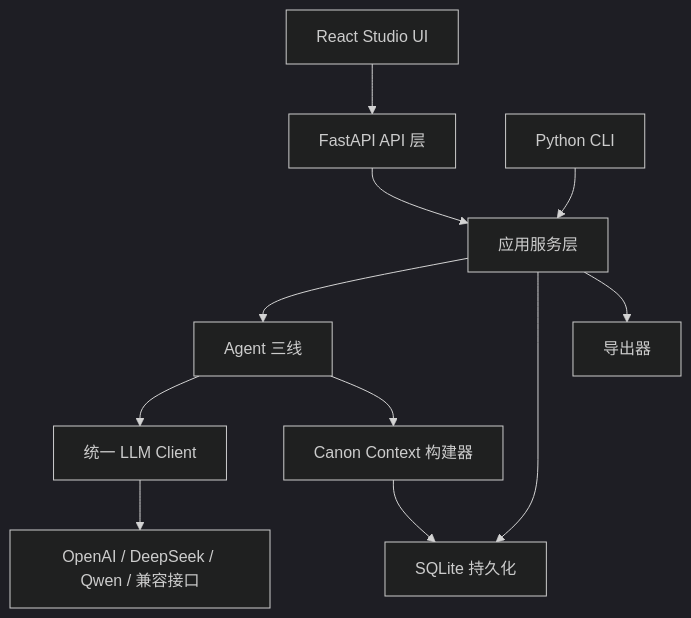
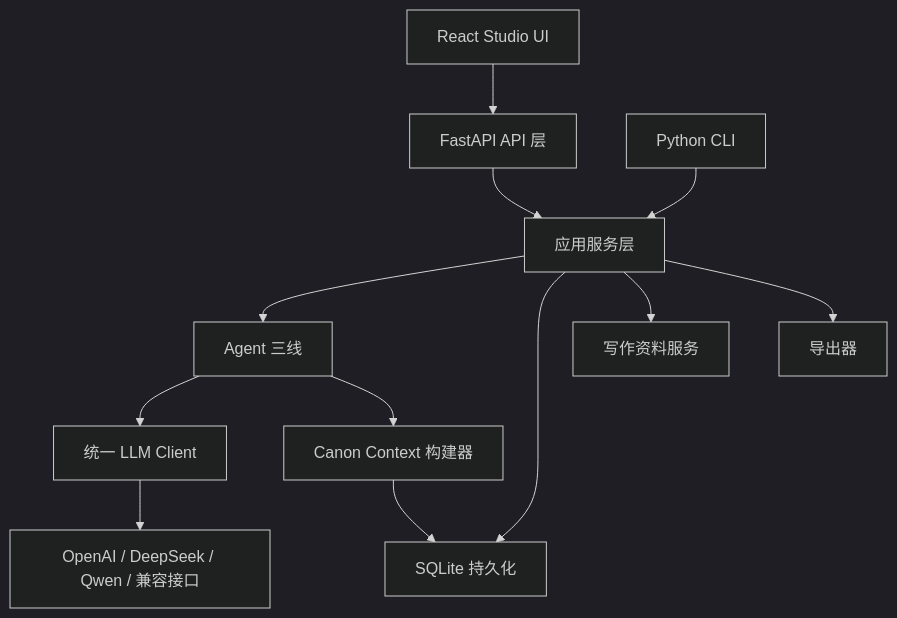
Before and after one commit to wssyh339/Narraverse-Engine: the first of 4 diagrams in docs/architecture.md, drawn with Mermaid (dark theme). The commit also changed other lines of this file and 101 other files, not shown here.

````diff
--- a/docs/architecture.md
+++ b/docs/architecture.md
@@ -11,13 +11,14 @@
 ```mermaid
 flowchart TD
   Web["React Studio UI"] --> API["FastAPI API 层"]
   CLI["Python CLI"] --> Services["应用服务层"]
   API --> Services
   Services --> Agents["Agent 三线"]
   Services --> DB["SQLite 持久化"]
+  Services --> Materials["写作资料服务"]
   Services --> Export["导出器"]
   Agents --> LLM["统一 LLM Client"]
   LLM --> Providers["OpenAI / DeepSeek / Qwen / 兼容接口"]
   Agents --> Canon["Canon Context 构建器"]
   Canon --> DB
 ```
````
